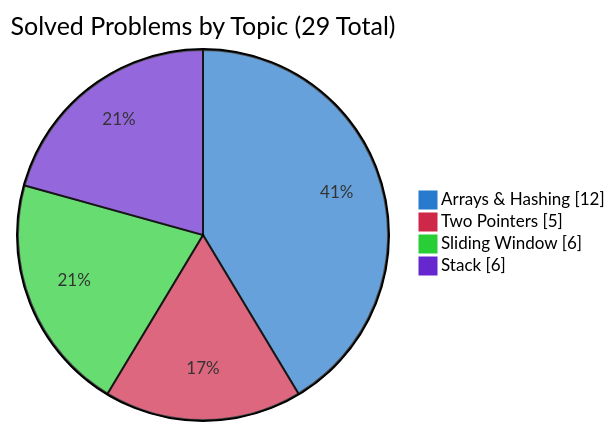
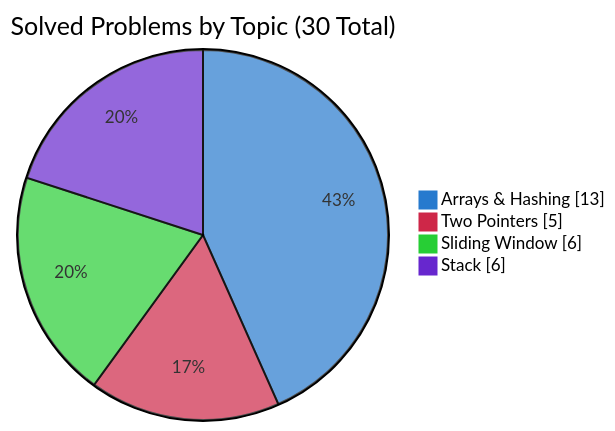
One commit to simonesiega/leetcode-solutions changed the second of 3 diagrams in README.md. Above: the diagram before and after it, drawn with Mermaid. The commit also changed other lines of this file and 4 other files, not shown here.

````diff
--- a/README.md
+++ b/README.md
@@ -78,9 +78,9 @@
 ```mermaid
 %%{init: {"themeVariables":{"pie1":"#277ace","pie2":"#ce2748","pie3":"#27ce35","pie4":"#6727ce"},"themeCSS":".pieCircle:nth-of-type(1){fill:#277ace!important}.legend:nth-of-type(2) rect{fill:#277ace!important;stroke:#277ace!important}.pieCircle:nth-of-type(2){fill:#ce2748!important}.legend:nth-of-type(3) rect{fill:#ce2748!important;stroke:#ce2748!important}.pieCircle:nth-of-type(3){fill:#27ce35!important}.legend:nth-of-type(4) rect{fill:#27ce35!important;stroke:#27ce35!important}.pieCircle:nth-of-type(4){fill:#6727ce!important}.legend:nth-of-type(5) rect{fill:#6727ce!important;stroke:#6727ce!important}"}}%%
 pie showData
-    title Solved Problems by Topic (29 Total)
-    "Arrays & Hashing" : 12
+    title Solved Problems by Topic (30 Total)
+    "Arrays & Hashing" : 13
     "Two Pointers" : 5
     "Sliding Window" : 6
     "Stack" : 6
 ```
````
